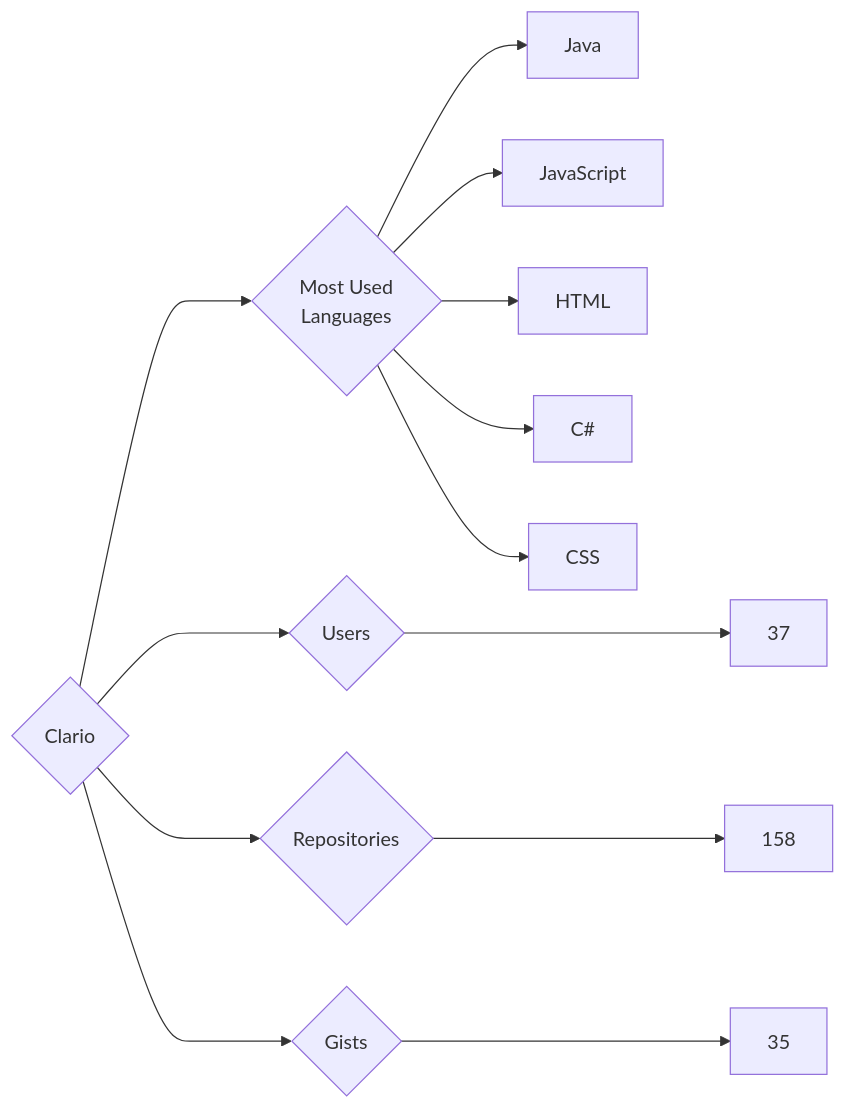
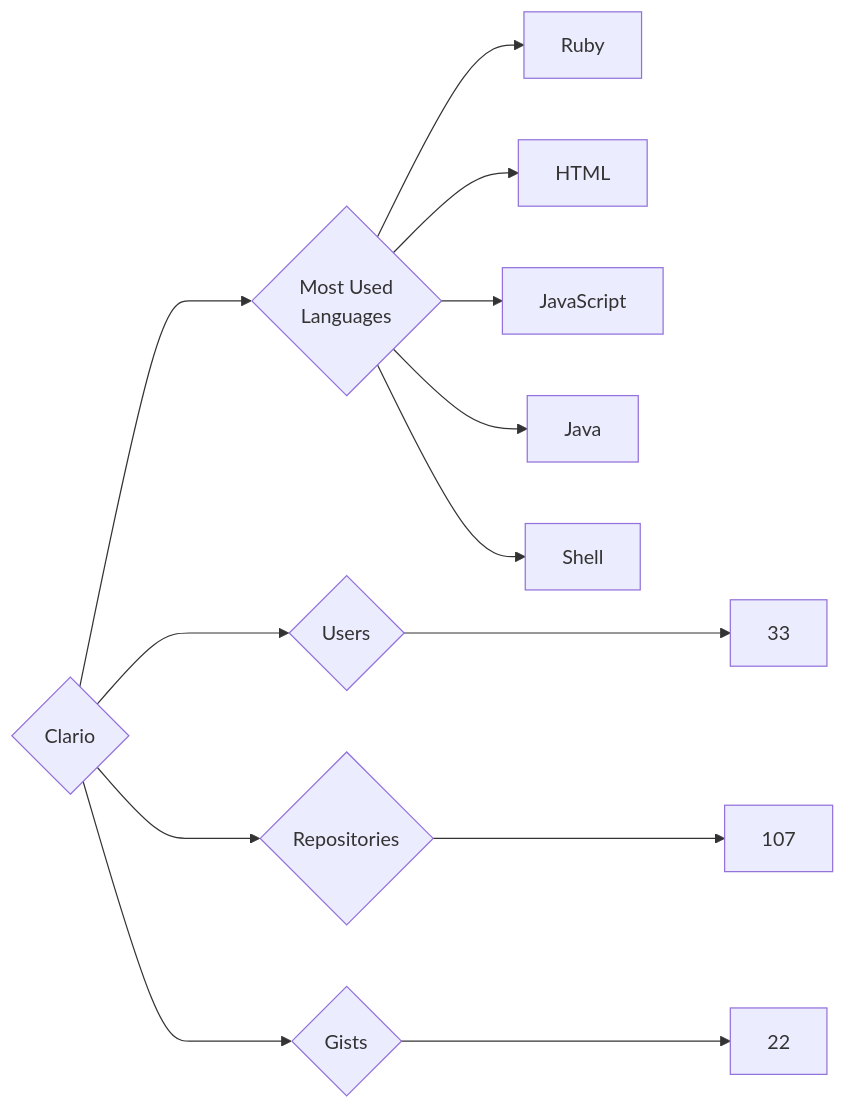
One commit to trickest/insiders changed the diagram in targets/Clario/README.md. Above: the diagram before and after it, drawn with Mermaid. The commit also changed 965 other files, not shown here.

````diff
--- a/targets/Clario/README.md
+++ b/targets/Clario/README.md
@@ -3,13 +3,13 @@
 ```mermaid
 graph LR
 COMPANY_NAME{Clario}
-COMPANY_NAME ---> U{Users} ---> UN[37]
-COMPANY_NAME ---> R{Repositories} ---> RN[158]
-COMPANY_NAME ---> G{Gists} ---> GN[35]
+COMPANY_NAME ---> U{Users} ---> UN[33]
+COMPANY_NAME ---> R{Repositories} ---> RN[107]
+COMPANY_NAME ---> G{Gists} ---> GN[22]
 COMPANY_NAME ---> ML{Most Used<br>Languages}
+ML --> Ruby[Ruby]
+ML --> HTML[HTML]
+ML --> JavaScript[JavaScript]
 ML --> Java[Java]
-ML --> JavaScript[JavaScript]
-ML --> HTML[HTML]
-ML --> C#[C#]
-ML --> CSS[CSS]
+ML --> Shell[Shell]
 ```
````
